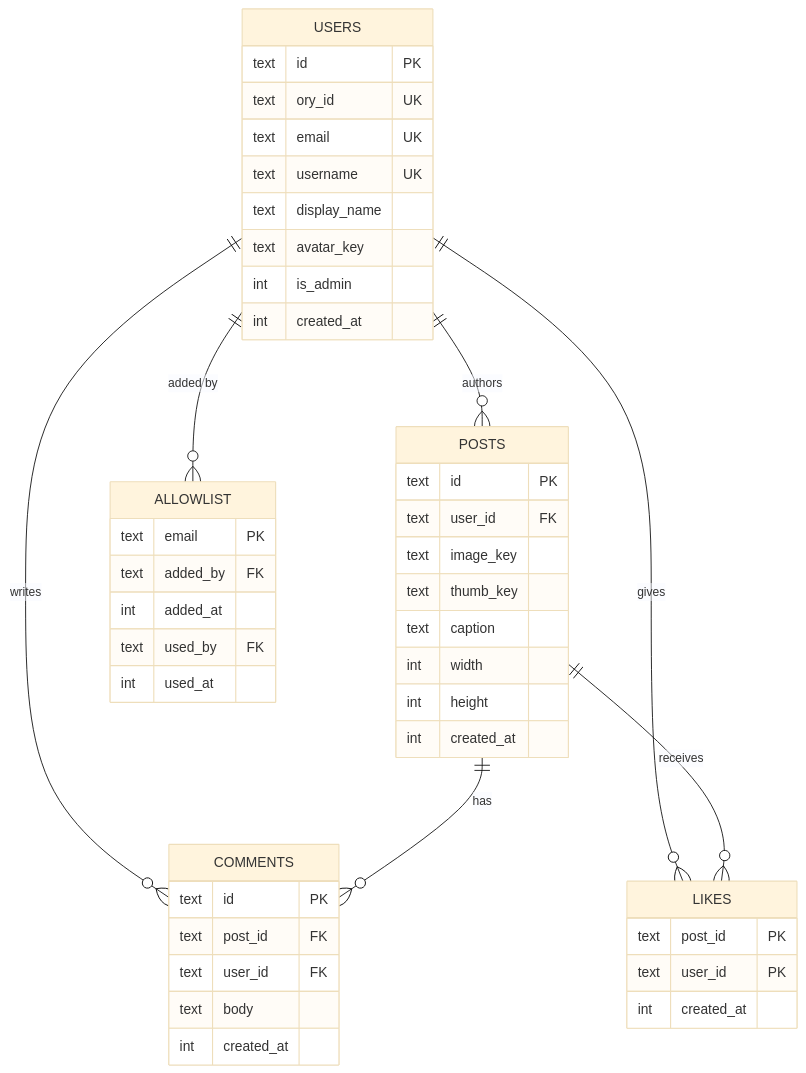
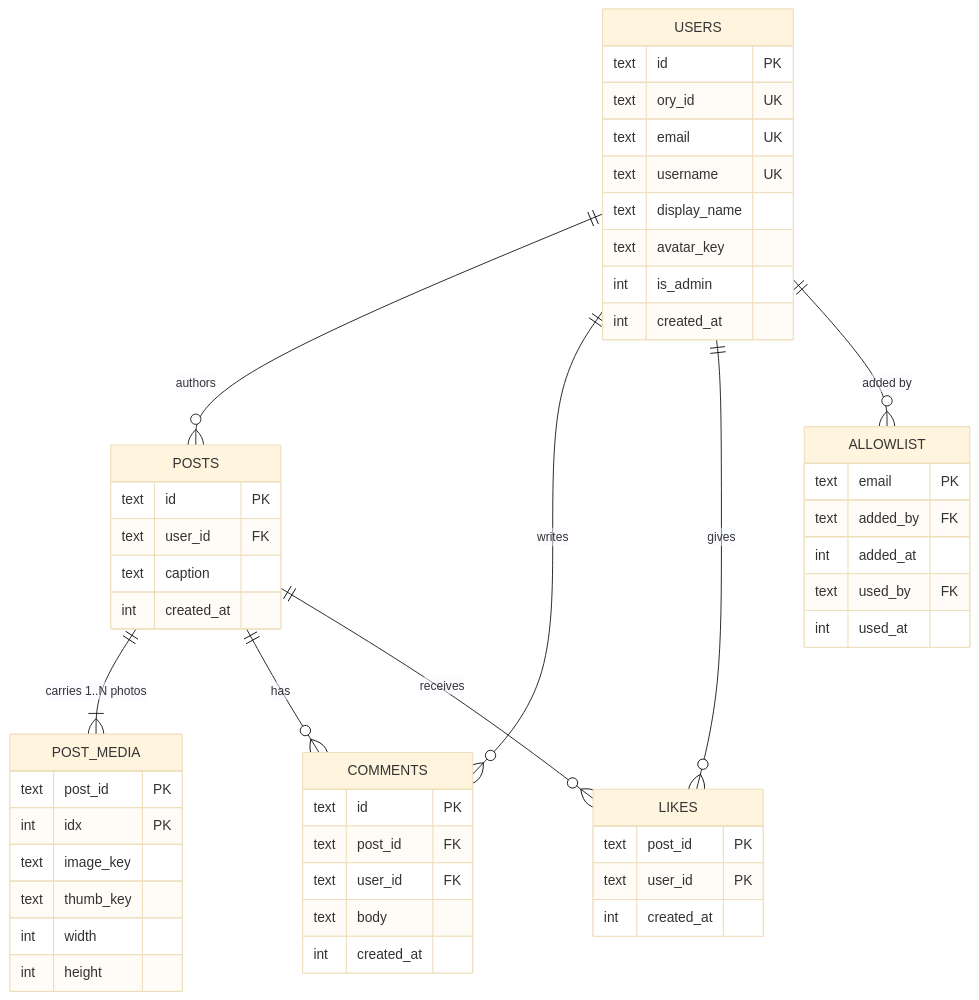
Before and after one commit to lovelinuxalot/familygram: the second of 2 diagrams in docs/ARCHITECTURE.md, drawn with Mermaid (base theme). The commit also changed other lines of this file and 35 other files, not shown here.

````diff
--- a/docs/ARCHITECTURE.md
+++ b/docs/ARCHITECTURE.md
@@ -73,49 +73,54 @@
 ```mermaid
 erDiagram
-    USERS ||--o{ POSTS    : authors
-    USERS ||--o{ COMMENTS : writes
-    USERS ||--o{ LIKES    : gives
-    USERS ||--o{ ALLOWLIST : "added by"
-    POSTS ||--o{ COMMENTS : has
-    POSTS ||--o{ LIKES    : receives
+    USERS ||--o{ POSTS      : authors
+    USERS ||--o{ COMMENTS   : writes
+    USERS ||--o{ LIKES      : gives
+    USERS ||--o{ ALLOWLIST  : "added by"
+    POSTS ||--|{ POST_MEDIA : "carries 1..N photos"
+    POSTS ||--o{ COMMENTS   : has
+    POSTS ||--o{ LIKES      : receives
 
     USERS {
         text id PK
         text ory_id UK
         text email UK
         text username UK
         text display_name
         text avatar_key
         int is_admin
         int created_at
     }
     ALLOWLIST {
         text email PK
         text added_by FK
         int added_at
         text used_by FK
         int used_at
     }
     POSTS {
         text id PK
         text user_id FK
+        text caption
+        int created_at
+    }
+    POST_MEDIA {
+        text post_id PK
+        int idx PK
         text image_key
         text thumb_key
-        text caption
         int width
         int height
-        int created_at
     }
     COMMENTS {
         text id PK
         text post_id FK
         text user_id FK
         text body
         int created_at
     }
     LIKES {
         text post_id PK
         text user_id PK
         int created_at
     }
 ```
````
